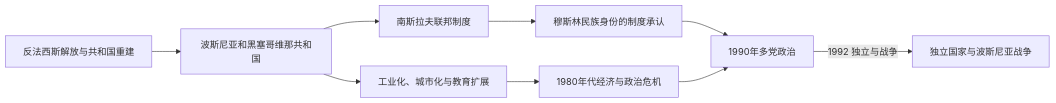
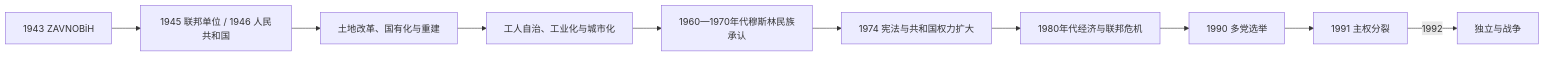
One commit to tianlan-dev/learning-notes changed the diagram in 人文科学/历史/欧洲/东南欧与巴尔干/波斯尼亚和黑塞哥维那/社会主义南斯拉夫时期的波斯尼亚和黑塞哥维那.md. Above: the diagram before and after it, drawn with Mermaid. The commit also changed other lines of this file and 1417 other files, not shown here.

````diff
--- a/人文科学/历史/欧洲/东南欧与巴尔干/波斯尼亚和黑塞哥维那/社会主义南斯拉夫时期的波斯尼亚和黑塞哥维那.md
+++ b/人文科学/历史/欧洲/东南欧与巴尔干/波斯尼亚和黑塞哥维那/社会主义南斯拉夫时期的波斯尼亚和黑塞哥维那.md
@@ -17,11 +15,12 @@
 ```mermaid
 flowchart LR
-  Liberation["反法西斯解放与共和国重建"] --> Republic["波斯尼亚和黑塞哥维那共和国"]
-  Republic --> Industry["工业化、城市化与教育扩展"]
-  Republic --> Federalism["南斯拉夫联邦制度"]
-  Federalism --> Recognition["穆斯林民族身份的制度承认"]
-  Industry --> Crisis["1980年代经济与政治危机"]
-  Recognition --> Pluralism["1990年多党政治"]
-  Crisis --> Pluralism
-  Pluralism -->|"1992 独立与战争"| War["独立国家与波斯尼亚战争"]
+  ZAVNOBiH["1943 ZAVNOBiH"] --> PR["1945 联邦单位 / 1946 人民共和国"]
+  PR --> Reconstruction["土地改革、国有化与重建"]
+  Reconstruction --> SelfManagement["工人自治、工业化与城市化"]
+  SelfManagement --> Recognition["1960—1970年代穆斯林民族承认"]
+  Recognition --> Constitution["1974 宪法与共和国权力扩大"]
+  Constitution --> Crisis["1980年代经济与联邦危机"]
+  Crisis --> Multiparty["1990 多党选举"]
+  Multiparty --> Sovereignty["1991 主权分裂"]
+  Sovereignty -->|1992| Independence["独立与战争"]
 ```
````
